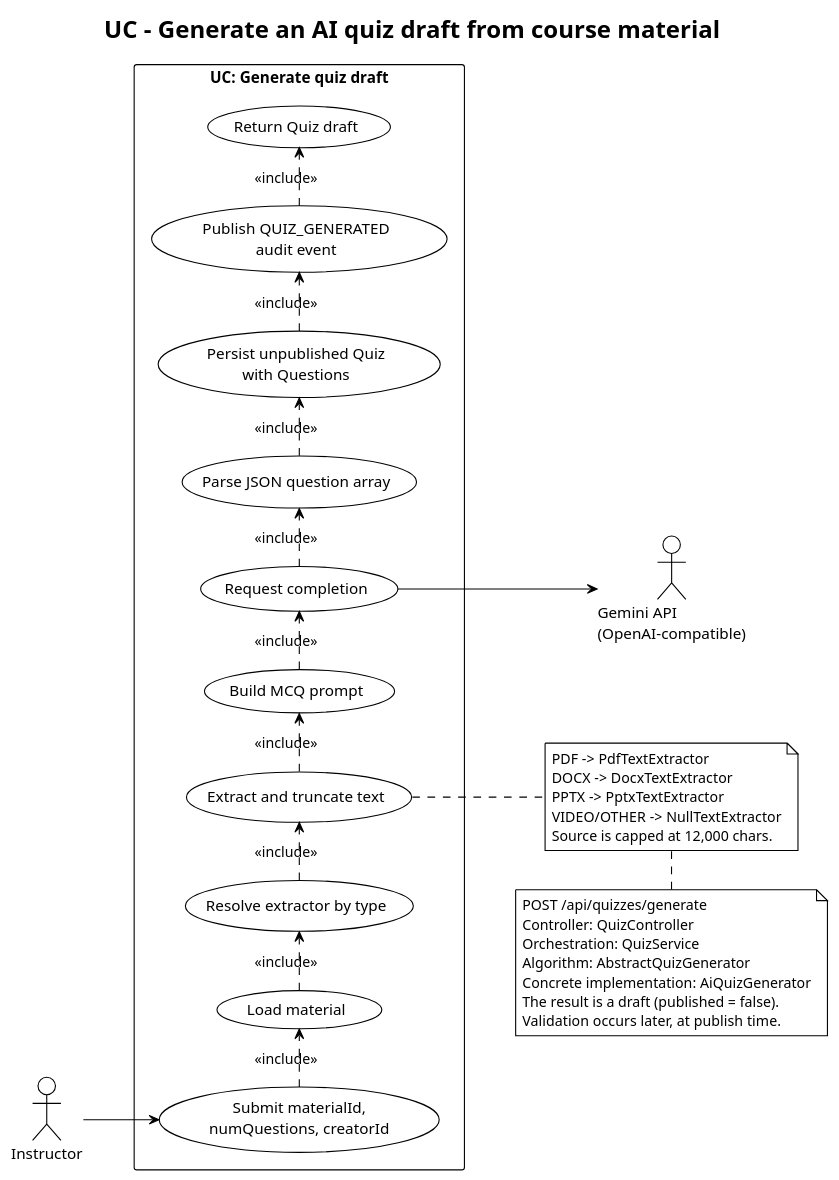
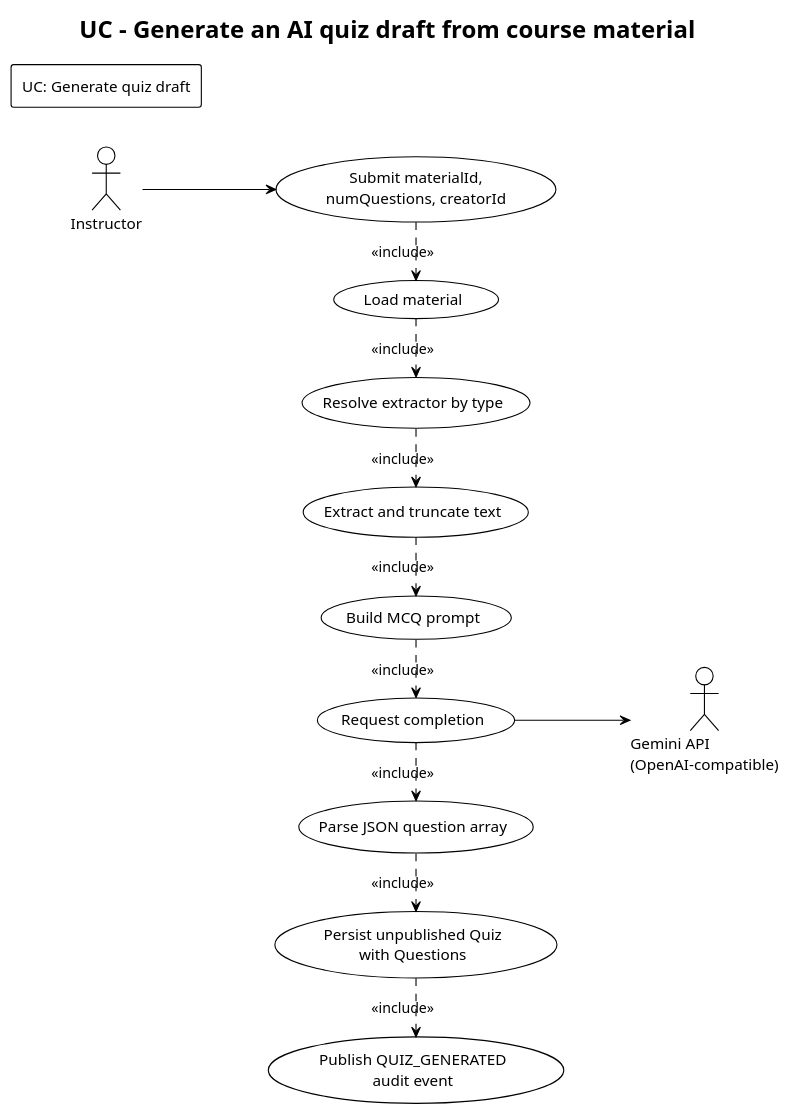
Before and after one commit to SALEM-ISMAIL-02/internship: the diagram in docs/diagrams/02-usecase-detailed-generate-quiz.puml, drawn with PlantUML. The commit also changed 12 other files, not shown here.

Commit message:
report diagrams

```diff
--- a/docs/diagrams/02-usecase-detailed-generate-quiz.puml
+++ b/docs/diagrams/02-usecase-detailed-generate-quiz.puml
@@ -1,52 +1,35 @@
 @startuml 02-usecase-detailed-generate-quiz
 !theme plain
 title UC - Generate an AI quiz draft from course material
 left to right direction
 skinparam shadowing false
 
 actor "Instructor" as instructor
 actor "Gemini API\n(OpenAI-compatible)" as gemini
 
-rectangle "UC: Generate quiz draft" {
+rectangle "UC: Generate quiz draft" 
   usecase "Submit materialId,\nnumQuestions, creatorId" as request
   usecase "Load material" as load
   usecase "Resolve extractor by type" as resolve
   usecase "Extract and truncate text" as extract
   usecase "Build MCQ prompt" as prompt
   usecase "Request completion" as completion
   usecase "Parse JSON question array" as parse
   usecase "Persist unpublished Quiz\nwith Questions" as persist
   usecase "Publish QUIZ_GENERATED\naudit event" as event
-  usecase "Return Quiz draft" as response
+ 
 }
 
 instructor --> request
 request .> load : <<include>>
 load .> resolve : <<include>>
 resolve .> extract : <<include>>
 extract .> prompt : <<include>>
 prompt .> completion : <<include>>
 completion --> gemini
 completion .> parse : <<include>>
 parse .> persist : <<include>>
 persist .> event : <<include>>
-event .> response : <<include>>
 
-note right of extract
-  PDF -> PdfTextExtractor
-  DOCX -> DocxTextExtractor
-  PPTX -> PptxTextExtractor
-  VIDEO/OTHER -> NullTextExtractor
-  Source is capped at 12,000 chars.
-end note
 
-note bottom
-  POST /api/quizzes/generate
-  Controller: QuizController
-  Orchestration: QuizService
-  Algorithm: AbstractQuizGenerator
-  Concrete implementation: AiQuizGenerator
-  The result is a draft (published = false).
-  Validation occurs later, at publish time.
-end note
 @enduml
```
